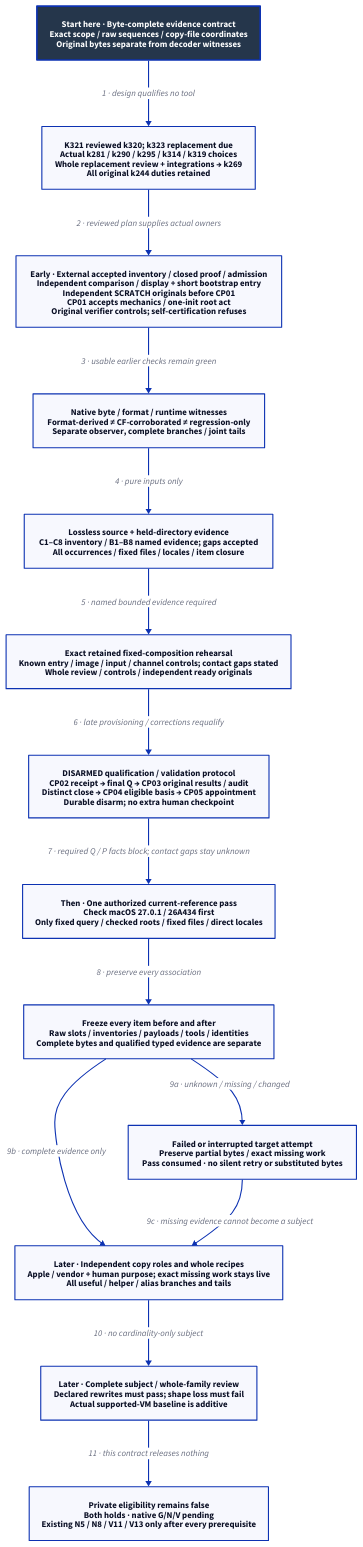
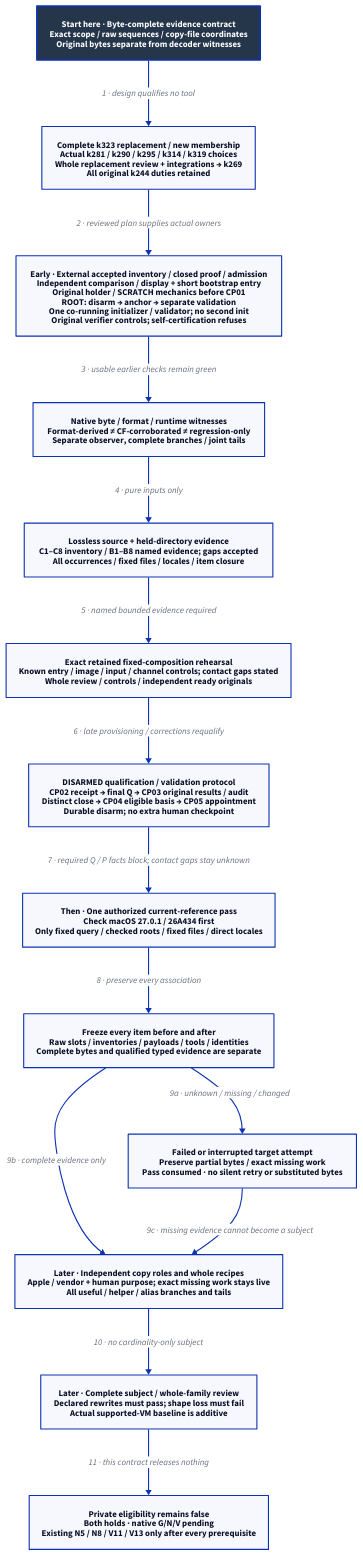
One commit to Linkuistics/Koine changed the diagram in docs/design/architecture/native-reference-evidence.d2. Above: the diagram before and after it, drawn with D2. The commit also changed 51 other files, not shown here.

First line of the commit message:
Complete practical admission correspondence (reference-evidence-practical-admission-correspondence-k327)

```diff
--- a/docs/design/architecture/native-reference-evidence.d2
+++ b/docs/design/architecture/native-reference-evidence.d2
@@ -1,31 +1,31 @@
 # Admission repair design; mandatory review and replanning precede unbuilt qualification.
 direction: down
 classes: {
   start: {style: {fill: "#25364B"; font-color: "#FFFFFF"; bold: true; stroke-width: 3}}
 }
 Start: "Start here · Byte-complete evidence contract\nExact scope / raw sequences / copy-file coordinates\nOriginal bytes separate from decoder witnesses" {class: start}
-Plan: "K321 reviewed k320; k323 replacement due\nActual k281 / k290 / k295 / k314 / k319 choices\nWhole replacement review + integrations → k269\nAll original k244 duties retained"
-Replay: "Early · External accepted inventory / closed proof / admission\nIndependent comparison / display + short bootstrap entry\nIndependent SCRATCH originals before CP01\nCP01 accepts mechanics / one-init root act\nOriginal verifier controls; self-certification refuses"
+Plan: "Complete k323 replacement / new membership\nActual k281 / k290 / k295 / k314 / k319 choices\nWhole replacement review + integrations → k269\nAll original k244 duties retained"
+Replay: "Early · External accepted inventory / closed proof / admission\nIndependent comparison / display + short bootstrap entry\nOriginal holder / SCRATCH mechanics before CP01\nROOT: disarm → anchor → separate validation\nOne co-running initializer / validator; no second init\nOriginal verifier controls; self-certification refuses"
 Decode: "Native byte / format / runtime witnesses\nFormat-derived ≠ CF-corroborated ≠ regression-only\nSeparate observer, complete branches / joint tails"
 Source: "Lossless source + held-directory evidence\nC1–C8 inventory / B1–B8 named evidence; gaps accepted\nAll occurrences / fixed files / locales / item closure"
 Pure: "Exact retained fixed-composition rehearsal\nKnown entry / image / input / channel controls; contact gaps stated\nWhole review / controls / independent ready originals"
 Authority: "DISARMED qualification / validation protocol\nCP02 receipt → final Q → CP03 original results / audit\nDistinct close → CP04 eligible basis → CP05 appointment\nDurable disarm; no extra human checkpoint"
 Pass: "Then · One authorized current-reference pass\nCheck macOS 27.0.1 / 26A434 first\nOnly fixed query / checked roots / fixed files / direct locales"
 Closure: "Freeze every item before and after\nRaw slots / inventories / payloads / tools / identities\nComplete bytes and qualified typed evidence are separate"
 Failed: "Failed or interrupted target attempt\nPreserve partial bytes / exact missing work\nPass consumed · no silent retry or substituted bytes"
 Roles: "Later · Independent copy roles and whole recipes\nApple / vendor + human purpose; exact missing work stays live\nAll useful / helper / alias branches and tails"
 Review: "Later · Complete subject / whole-family review\nDeclared rewrites must pass; shape loss must fail\nActual supported-VM baseline is additive"
 Hold: "Private eligibility remains false\nBoth holds · native G/N/V pending\nExisting N5 / N8 / V11 / V13 only after every prerequisite"
 Start -> Plan: "1 · design qualifies no tool"
 Plan -> Replay: "2 · reviewed plan supplies actual owners"
 Replay -> Decode: "3 · usable earlier checks remain green"
 Decode -> Source: "4 · pure inputs only"
 Source -> Pure: "5 · named bounded evidence required"
 Pure -> Authority: "6 · late provisioning / corrections requalify"
 Authority -> Pass: "7 · required Q / P facts block; contact gaps stay unknown"
 Pass -> Closure: "8 · preserve every association"
 Closure -> Failed: "9a · unknown / missing / changed"
 Closure -> Roles: "9b · complete evidence only"
 Failed -> Roles: "9c · missing evidence cannot become a subject"
 Roles -> Review: "10 · no cardinality-only subject"
 Review -> Hold: "11 · this contract releases nothing"
```
